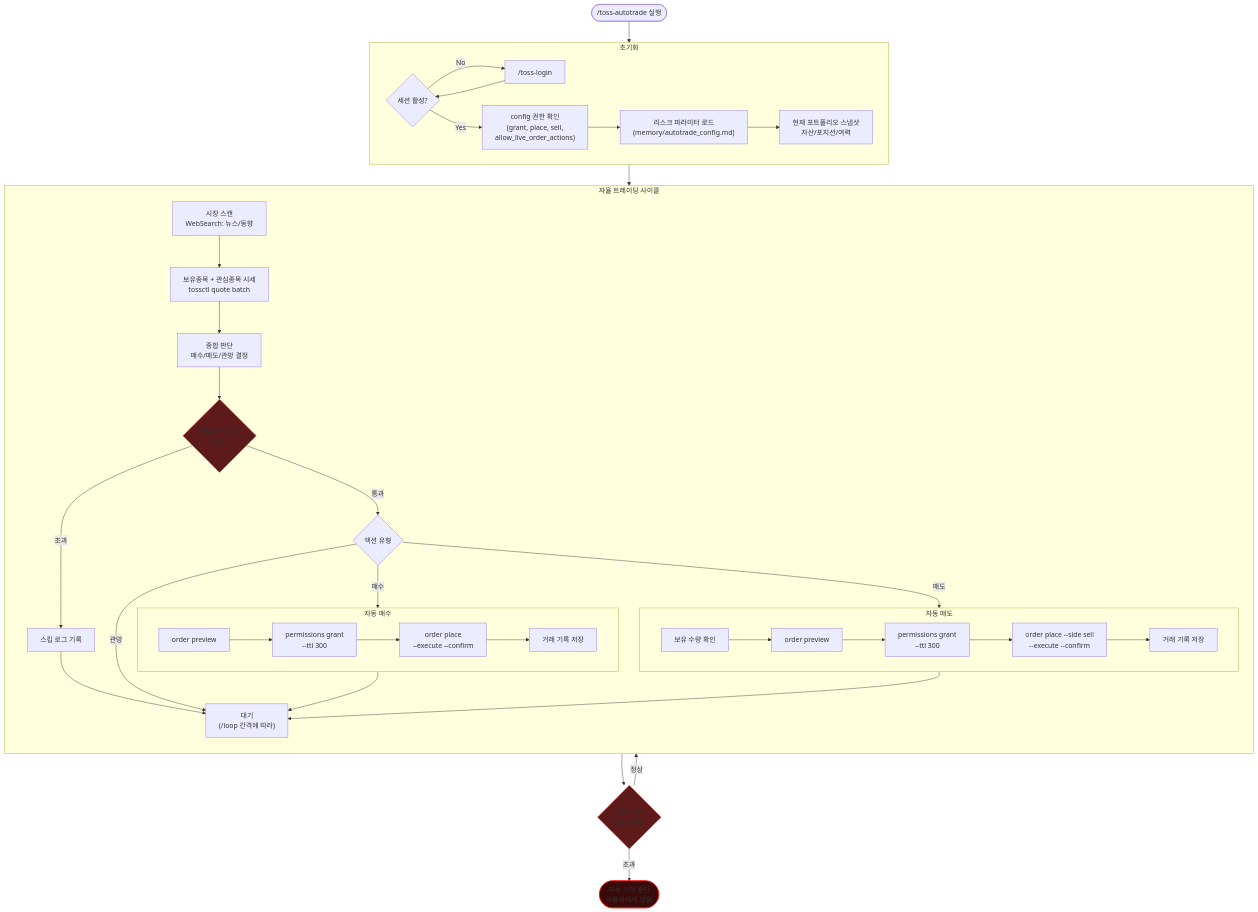
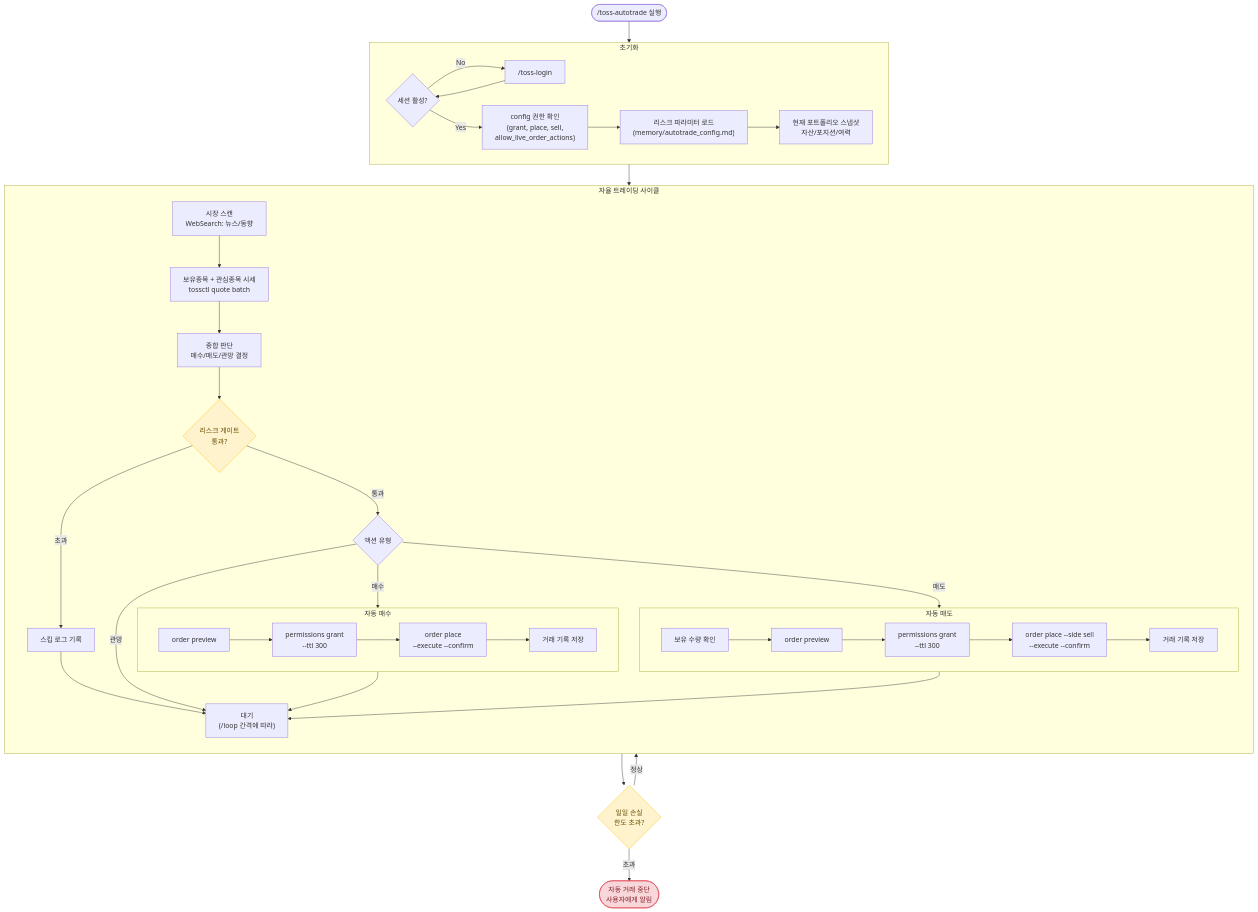
Before and after one commit to Aiden-Kwak/toss-trading-system: the diagram in skills/toss-autotrade/SKILL.md, drawn with Mermaid. The commit also changed 2 other files, not shown here.

Commit message:
Fix mermaid diagram colors for readability
어두운 빨간색 배경(#3a0a0a, #5c1a1a)을 밝은 파스텔 톤으로 변경.
리스크 게이트: 노란색 경고, 중단: 밝은 분홍, Phase별 구분 색상 개선.

````diff
--- a/skills/toss-autotrade/SKILL.md
+++ b/skills/toss-autotrade/SKILL.md
@@ -24,58 +24,58 @@
 ```mermaid
 flowchart TD
     START(["/toss-autotrade 실행"]) --> INIT
 
     subgraph INIT["초기화"]
         AUTH{"세션 활성?"} -- No --> LOGIN["/toss-login"]
         LOGIN --> AUTH
         AUTH -- Yes --> CONFIG["config 권한 확인\n(grant, place, sell,\nallow_live_order_actions)"]
         CONFIG --> RISK_LOAD["리스크 파라미터 로드\n(memory/autotrade_config.md)"]
         RISK_LOAD --> PORTFOLIO["현재 포트폴리오 스냅샷\n자산/포지션/여력"]
     end
 
     INIT --> CYCLE
 
     subgraph CYCLE["자율 트레이딩 사이클"]
         direction TB
 
         SCAN["시장 스캔\nWebSearch: 뉴스/동향"] 
         --> QUOTE["보유종목 + 관심종목 시세\ntossctl quote batch"]
         --> ANALYZE["종합 판단\n매수/매도/관망 결정"]
         --> GATE{"리스크 게이트\n통과?"}
 
         GATE -- "초과" --> LOG_SKIP["스킵 로그 기록"]
         LOG_SKIP --> WAIT
 
         GATE -- "통과" --> ACTION{"액션 유형"}
 
         ACTION -- "매수" --> BUY_FLOW
         ACTION -- "매도" --> SELL_FLOW
         ACTION -- "관망" --> WAIT
 
         subgraph BUY_FLOW["자동 매수"]
             B_PREVIEW["order preview"] --> B_GRANT["permissions grant\n--ttl 300"]
             B_GRANT --> B_EXEC["order place\n--execute --confirm"]
             B_EXEC --> B_LOG["거래 기록 저장"]
         end
 
         subgraph SELL_FLOW["자동 매도"]
             S_CHECK["보유 수량 확인"] --> S_PREVIEW["order preview"]
             S_PREVIEW --> S_GRANT["permissions grant\n--ttl 300"]
             S_GRANT --> S_EXEC["order place --side sell\n--execute --confirm"]
             S_EXEC --> S_LOG["거래 기록 저장"]
         end
 
         BUY_FLOW --> WAIT
         SELL_FLOW --> WAIT
 
         WAIT["대기\n(/loop 간격에 따라)"]
     end
 
     WAIT --> DAILY_CHECK{"일일 손실\n한도 초과?"}
     DAILY_CHECK -- "초과" --> HALT(["자동 거래 중단\n사용자에게 알림"])
     DAILY_CHECK -- "정상" --> SCAN
 
-    style GATE fill:#5c1a1a,stroke:#ff4a4a
-    style DAILY_CHECK fill:#5c1a1a,stroke:#ff4a4a
-    style HALT fill:#3a0a0a,stroke:#ff0000
+    style GATE fill:#fff3cd,stroke:#ffc107,color:#664d03
+    style DAILY_CHECK fill:#fff3cd,stroke:#ffc107,color:#664d03
+    style HALT fill:#f8d7da,stroke:#dc3545,color:#842029
 ```
````
